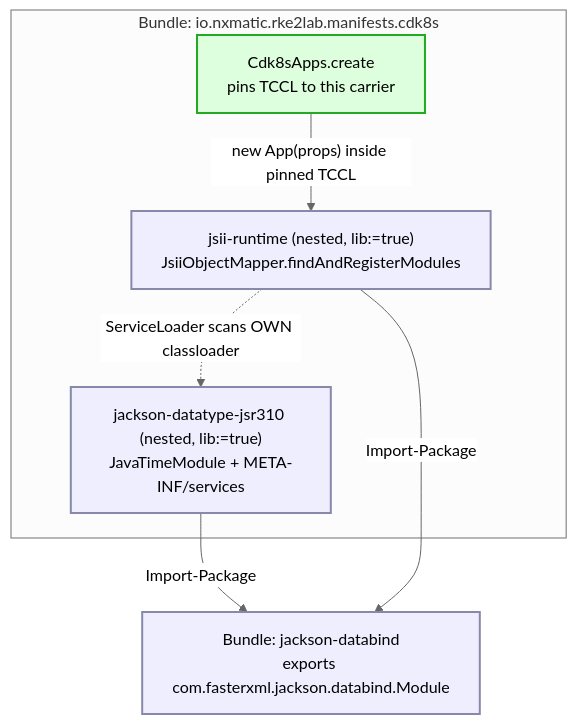
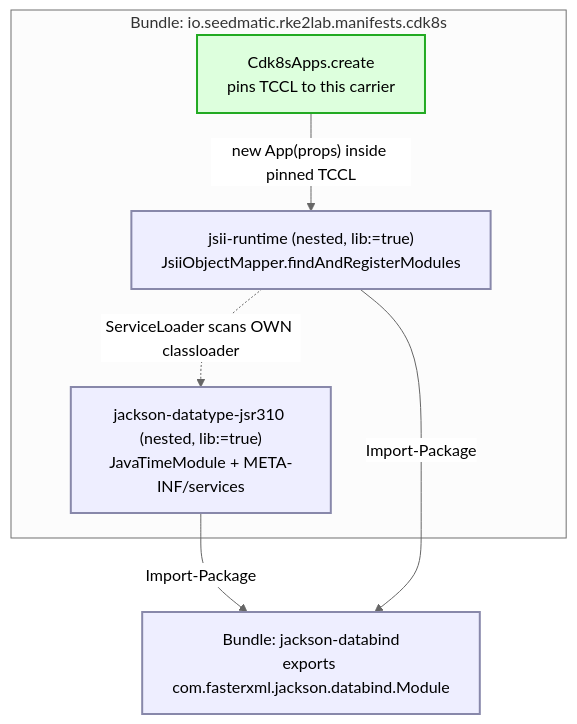
Before and after one commit to nxmatic/rke2lab: the second of 4 diagrams in docs/architecture/osgi/serviceloader-mediation-spike-spec.adoc, drawn with Mermaid (neutral theme). The commit also changed other lines of this file and 1914 other files, not shown here.

```diff
--- a/docs/architecture/osgi/serviceloader-mediation-spike-spec.adoc
+++ b/docs/architecture/osgi/serviceloader-mediation-spike-spec.adoc
@@ -106,18 +106,18 @@
 [mermaid]
 ....
 flowchart TB
-  subgraph carrier["Bundle: io.nxmatic.rke2lab.manifests.cdk8s"]
+  subgraph carrier["Bundle: io.seedmatic.rke2lab.manifests.cdk8s"]
     apps["Cdk8sApps.create<br/>pins TCCL to this carrier"]
     jsii["jsii-runtime (nested, lib:=true)<br/>JsiiObjectMapper.findAndRegisterModules"]
     jsr["jackson-datatype-jsr310 (nested, lib:=true)<br/>JavaTimeModule + META-INF/services"]
   end
   databind["Bundle: jackson-databind<br/>exports com.fasterxml.jackson.databind.Module"]
   apps -->|"new App(props) inside pinned TCCL"| jsii
   jsii -.->|"ServiceLoader scans OWN classloader"| jsr
   jsr -->|Import-Package| databind
   jsii -->|Import-Package| databind
   classDef sys fill:#dfd,stroke:#2a2,stroke-width:2px;
   classDef lib fill:#eef,stroke:#88a,stroke-width:2px;
   class apps sys;
   class jsii,jsr,databind lib;
 ....
```
